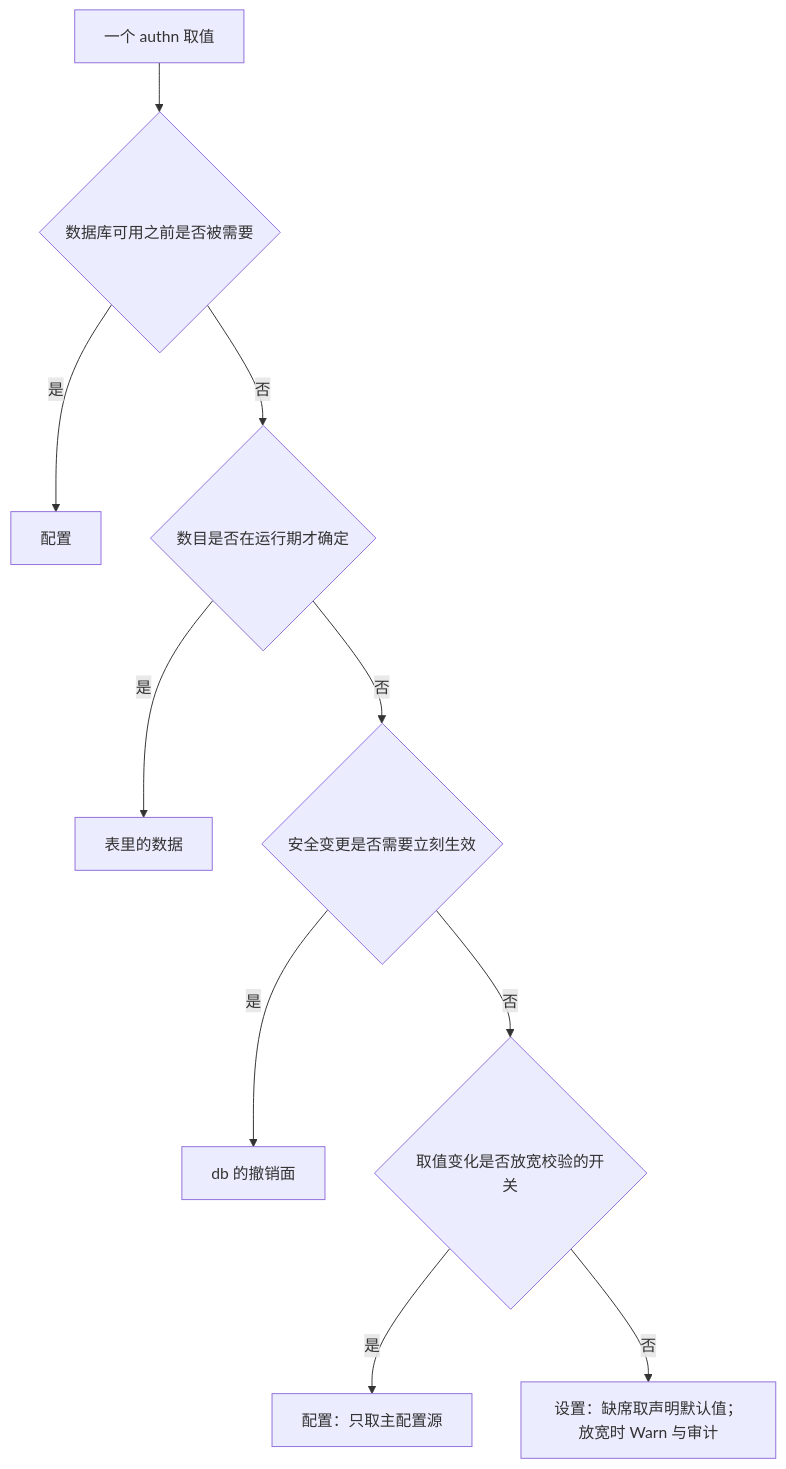
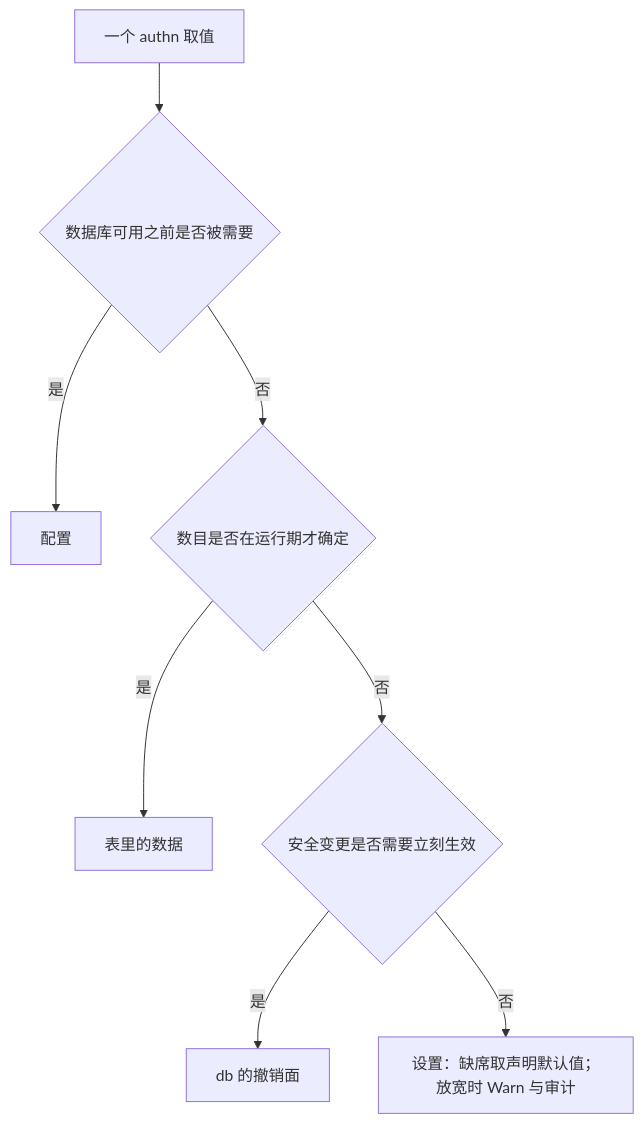
The diagram in docs/adr/adr-authn-settings-and-secrets-2026-10-10.md (wangzw/speed), drawn with Mermaid before and after one commit. The commit also changed other lines of this file and 14 other files, not shown here.

````diff
--- a/docs/adr/adr-authn-settings-and-secrets-2026-10-10.md
+++ b/docs/adr/adr-authn-settings-and-secrets-2026-10-10.md
@@ -141,12 +148,10 @@
 ```mermaid
 flowchart TD
     V["一个 authn 取值"] --> Q1{"数据库可用之前是否被需要"}
     Q1 -- 是 --> C["配置"]
     Q1 -- 否 --> Q2{"数目是否在运行期才确定"}
     Q2 -- 是 --> D["表里的数据"]
     Q2 -- 否 --> Q3{"安全变更是否需要立刻生效"}
     Q3 -- 是 --> R["db 的撤销面"]
-    Q3 -- 否 --> Q4{"取值变化是否放宽校验的开关"}
-    Q4 -- 是 --> M["配置：只取主配置源"]
-    Q4 -- 否 --> S["设置：缺席取声明默认值；放宽时 Warn 与审计"]
+    Q3 -- 否 --> S["设置：缺席取声明默认值；放宽时 Warn 与审计"]
 ```
````
